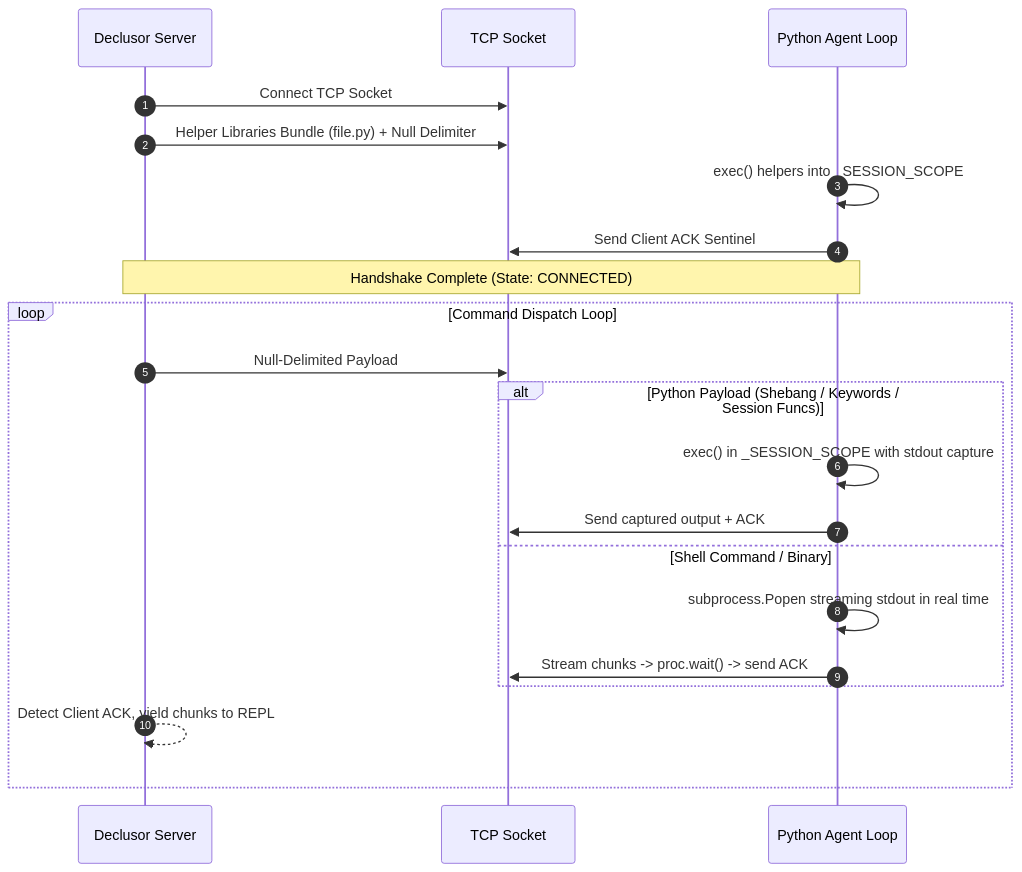
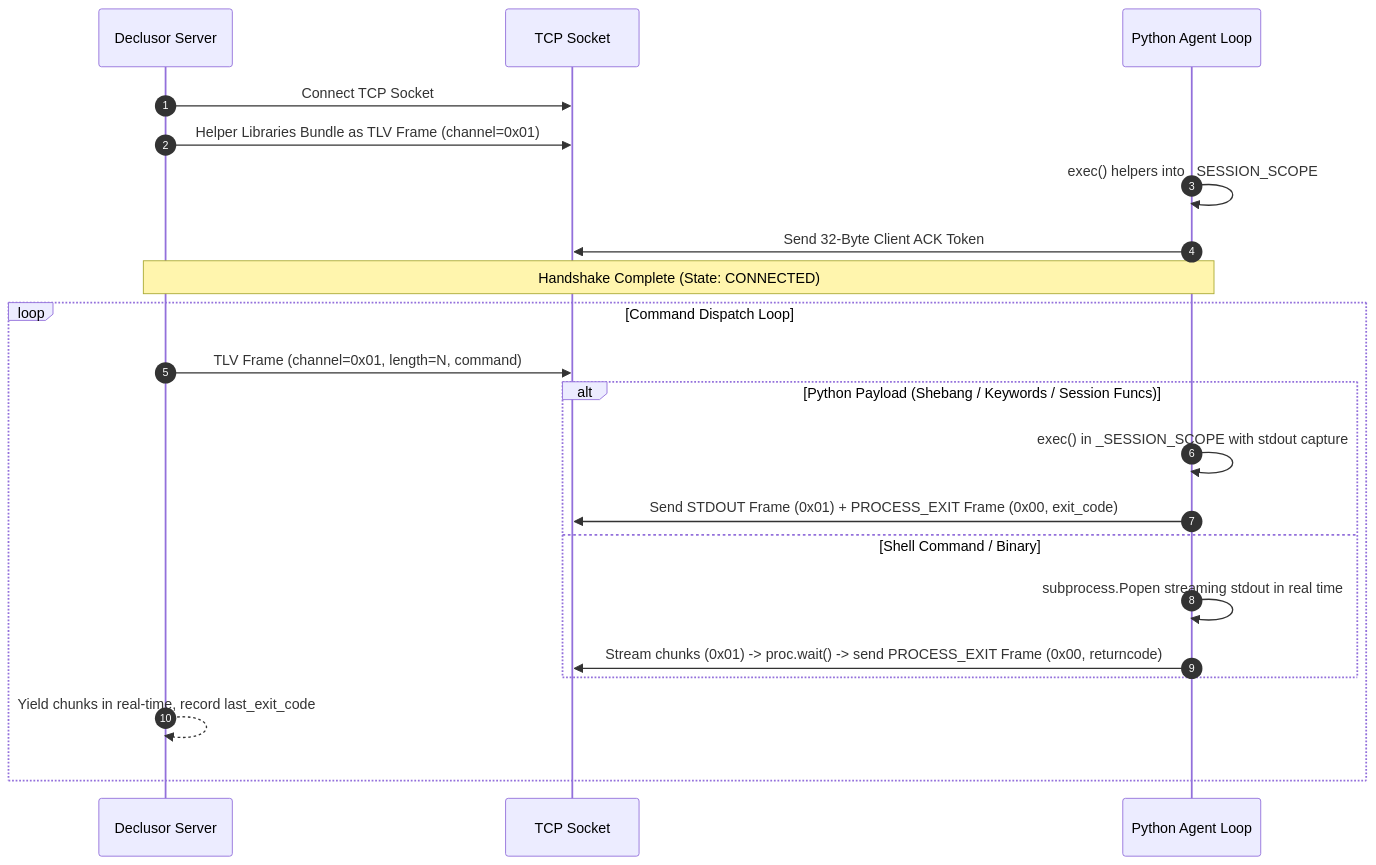
The second of 2 diagrams in plugins/py_socket/README.md (othon-hugo/declusor), drawn with Mermaid before and after one commit. The commit also changed other lines of this file and 6 other files, not shown here.

````diff
--- a/plugins/py_socket/README.md
+++ b/plugins/py_socket/README.md
@@ -46,25 +48,25 @@
 ```mermaid
 sequenceDiagram
     autonumber
     participant Server as Declusor Server
     participant Sock as TCP Socket
     participant PyAgent as Python Agent Loop
 
     Server->>Sock: Connect TCP Socket
-    Server->>Sock: Helper Libraries Bundle (file.py) + Null Delimiter
+    Server->>Sock: Helper Libraries Bundle as TLV Frame (channel=0x01)
     PyAgent->>PyAgent: exec() helpers into _SESSION_SCOPE
-    PyAgent->>Sock: Send Client ACK Sentinel
+    PyAgent->>Sock: Send 32-Byte Client ACK Token
     Note over Server,PyAgent: Handshake Complete (State: CONNECTED)
 
     loop Command Dispatch Loop
-        Server->>Sock: Null-Delimited Payload
+        Server->>Sock: TLV Frame (channel=0x01, length=N, command)
         alt Python Payload (Shebang / Keywords / Session Funcs)
             PyAgent->>PyAgent: exec() in _SESSION_SCOPE with stdout capture
-            PyAgent->>Sock: Send captured output + ACK
+            PyAgent->>Sock: Send STDOUT Frame (0x01) + PROCESS_EXIT Frame (0x00, exit_code)
         else Shell Command / Binary
             PyAgent->>PyAgent: subprocess.Popen streaming stdout in real time
-            PyAgent->>Sock: Stream chunks -> proc.wait() -> send ACK
+            PyAgent->>Sock: Stream chunks (0x01) -> proc.wait() -> send PROCESS_EXIT Frame (0x00, returncode)
         end
-        Server-->>Server: Detect Client ACK, yield chunks to REPL
+        Server-->>Server: Yield chunks in real-time, record last_exit_code
     end
 ```
````
